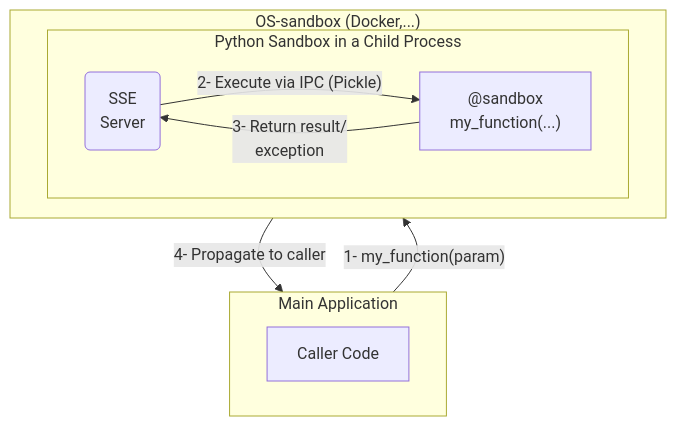
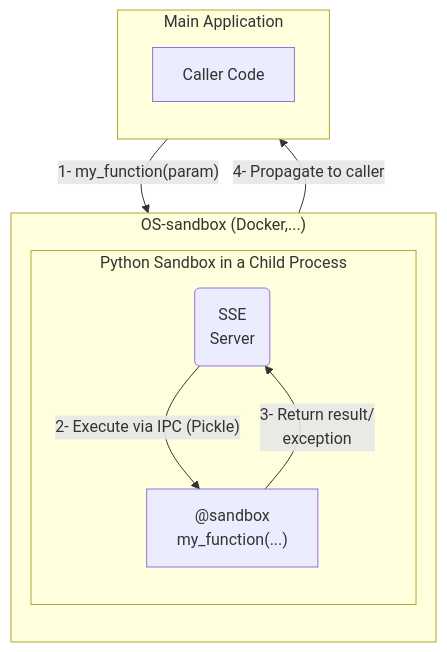
The second of 2 diagrams in README.md (pprados/pysandboxes), drawn with Mermaid before and after one commit. The commit also changed 8 other files, not shown here.

````diff
--- a/README.md
+++ b/README.md
@@ -165,22 +165,22 @@
 ```mermaid
 flowchart TD
-    subgraph MainApplicationFullPrivileges [Main Application]
-        direction LR
-        A[Caller Code]
-    end
-
     subgraph SandboxEnvironment ["OS-sandbox (Docker,...)"]
-        direction LR
+        direction TB
         subgraph OSSandbox [Python Sandbox in a Child Process]
             B(SSE<br/>Server)
 
                 C["@sandbox<br/>my_function(...)"]
         end
     end
+    subgraph MainApplicationFullPrivileges [Main Application]
+        direction TB
+        A[Caller Code]
+    end
+
 
     A -- "1- my_function(param)" --> B
     B -- "2- Execute via IPC (Pickle)" --> C
     C -- "3- Return result/<br/>exception" --> B
     B -- "4- Propagate to caller" --> A
 
 ```
````
